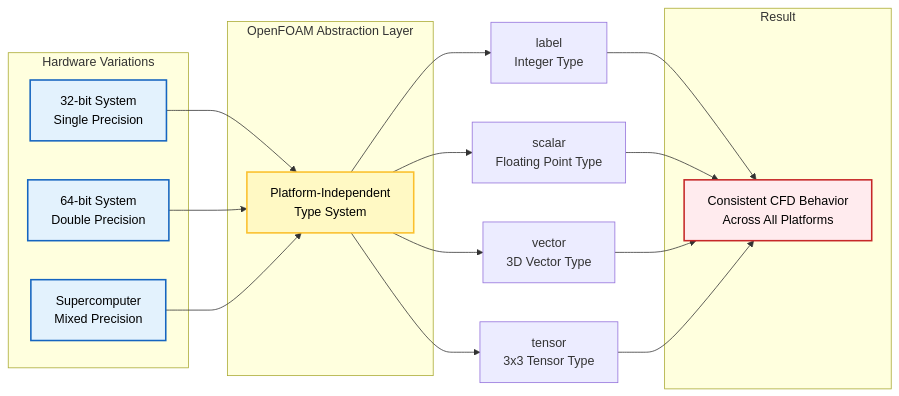
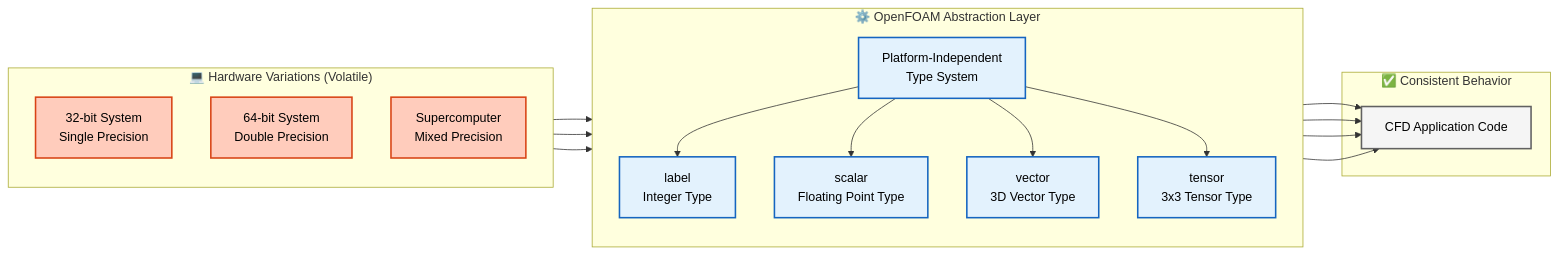
One commit to wramet/build-my-cfd changed the first of 2 diagrams in MODULE_05_OPENFOAM_PROGRAMMING/CONTENT/01_FOUNDATION_PRIMITIVES/01_Introduction.md. Above: the diagram before and after it, drawn with Mermaid. The commit also changed other lines of this file and 313 other files, not shown here.

Commit message:
Revise all diagram

````diff
--- a/MODULE_05_OPENFOAM_PROGRAMMING/CONTENT/01_FOUNDATION_PRIMITIVES/01_Introduction.md
+++ b/MODULE_05_OPENFOAM_PROGRAMMING/CONTENT/01_FOUNDATION_PRIMITIVES/01_Introduction.md
@@ -13,32 +13,31 @@
 ```mermaid
 graph LR
-    A["Hardware Platform A"] --> C["OpenFOAM Primitives"]
-    B["Hardware Platform B"] --> C
-    D["Hardware Platform C"] --> C
-    C --> E["label<br/>Integer Type"]
-    C --> F["scalar<br/>Floating Point Type"]
-    C --> G["vector<br/>3D Vector Type"]
-    C --> H["tensor<br/>3x3 Tensor Type"]
-    E --> I["CFD Application Code"]
-    F --> I
-    G --> I
-    H --> I
-    subgraph "Hardware Variations"
-        A["32-bit System<br/>Single Precision"]
-        B["64-bit System<br/>Double Precision"]
-        D["Supercomputer<br/>Mixed Precision"]
-    end
-    subgraph "OpenFOAM Abstraction Layer"
-        C["Platform-Independent<br/>Type System"]
-    end
-    subgraph "Result"
-        I["Consistent CFD Behavior<br/>Across All Platforms"]
-    end
-    classDef process fill:#e3f2fd,stroke:#1565c0,stroke-width:2px,color:#000;
-    classDef decision fill:#fff9c4,stroke:#fbc02d,stroke-width:2px,color:#000;
-    classDef terminator fill:#ffebee,stroke:#c62828,stroke-width:2px,color:#000;
-    classDef storage fill:#e8f5e9,stroke:#2e7d32,stroke-width:2px,color:#000;
-    class A,B,D process
-    class C decision
-    class I terminator
+%% Classes
+classDef explicit fill:#ffccbc,stroke:#d84315,stroke-width:2px,color:#000
+classDef implicit fill:#e3f2fd,stroke:#1565c0,stroke-width:2px,color:#000
+classDef context fill:#f5f5f5,stroke:#616161,stroke-width:2px,color:#000
+
+subgraph Hardware["💻 Hardware Variations (Volatile)"]
+    direction TB
+    A["32-bit System<br/>Single Precision"]:::explicit
+    B["64-bit System<br/>Double Precision"]:::explicit
+    D["Supercomputer<br/>Mixed Precision"]:::explicit
+end
+
+subgraph Abstraction["⚙️ OpenFOAM Abstraction Layer"]
+    direction TB
+    C["Platform-Independent<br/>Type System"]:::implicit
+    E["label<br/>Integer Type"]:::implicit
+    F["scalar<br/>Floating Point Type"]:::implicit
+    G["vector<br/>3D Vector Type"]:::implicit
+    H["tensor<br/>3x3 Tensor Type"]:::implicit
+end
+
+subgraph Result["✅ Consistent Behavior"]
+    I["CFD Application Code"]:::context
+end
+
+A & B & D --> C
+C --> E & F & G & H
+E & F & G & H --> I
 ```
````
